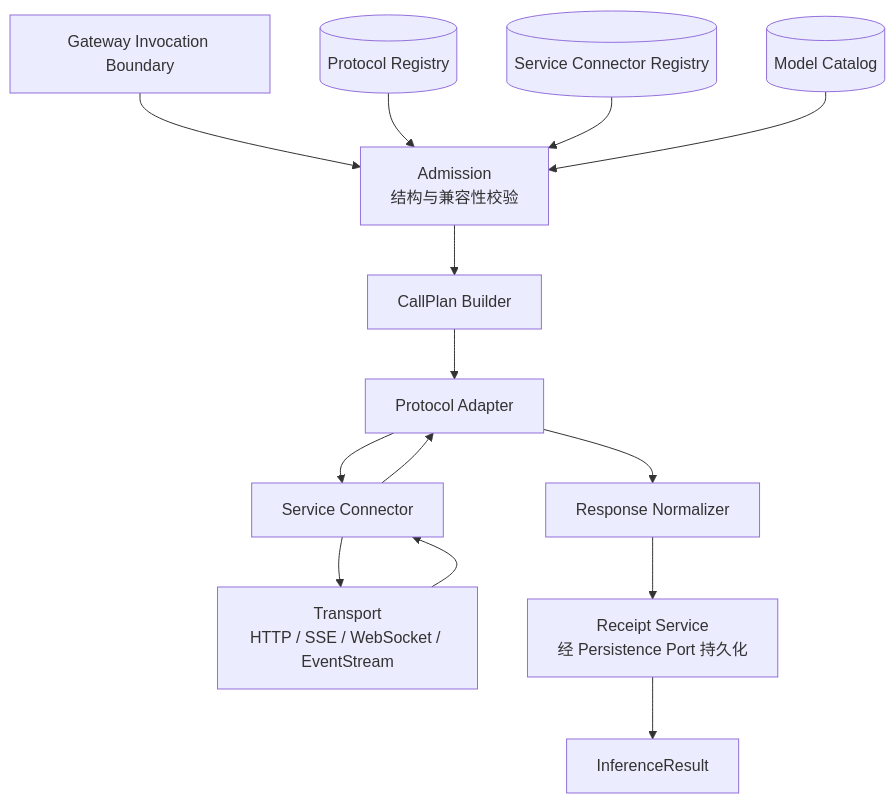
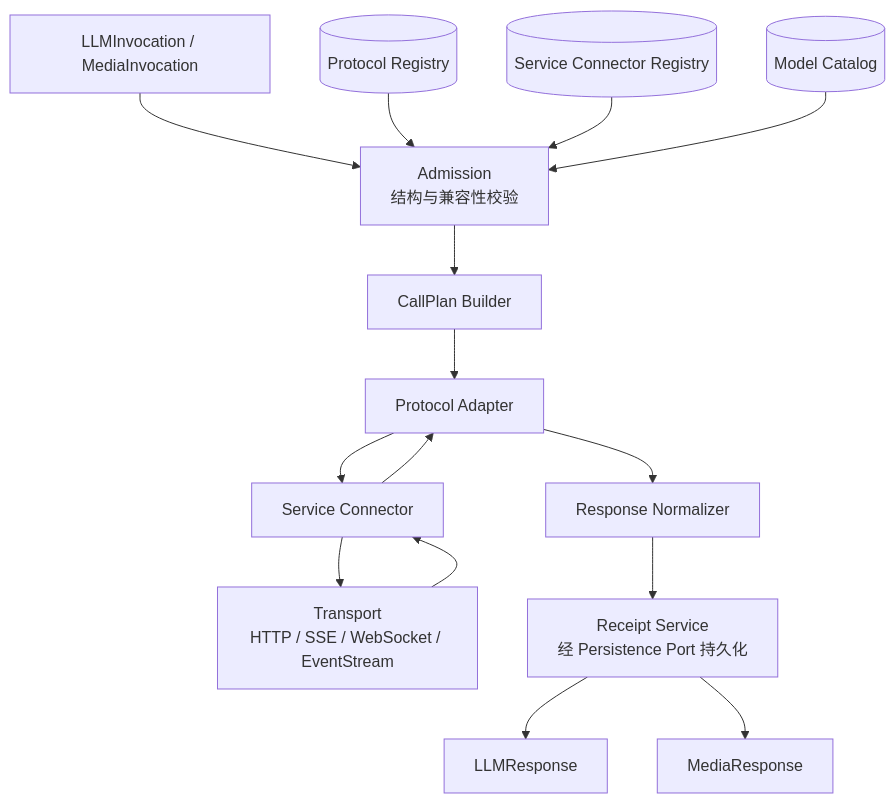
The third of 3 diagrams in mote-runtime/gateway/architecture.md (bushihelmy-crypto/motev2), drawn with Mermaid before and after one commit. The commit also changed other lines of this file and 48 other files, not shown here.

Commit message:
feat(gateway): separate kernel llm and execution media contracts

````diff
--- a/mote-runtime/gateway/architecture.md
+++ b/mote-runtime/gateway/architecture.md
@@ -345,29 +329,31 @@
 ```mermaid
 flowchart TB
-    CALL[Gateway Invocation Boundary]
+    CALL[LLMInvocation / MediaInvocation]
     ADMIT[Admission<br/>结构与兼容性校验]
     PLAN[CallPlan Builder]
     PREG[(Protocol Registry)]
     SREG[(Service Connector Registry)]
     MCAT[(Model Catalog)]
     PAD[Protocol Adapter]
     CONN[Service Connector]
     TRANS[Transport<br/>HTTP / SSE / WebSocket / EventStream]
     NORM[Response Normalizer]
     RECEIPT[Receipt Service<br/>经 Persistence Port 持久化]
-    RESULT[InferenceResult]
+    LLMOUT[LLMResponse]
+    MEDIAOUT[MediaResponse]
 
     CALL --> ADMIT
     PREG --> ADMIT
     SREG --> ADMIT
     MCAT --> ADMIT
     ADMIT --> PLAN
     PLAN --> PAD
     PAD --> CONN
     CONN --> TRANS
     TRANS --> CONN
     CONN --> PAD
     PAD --> NORM
     NORM --> RECEIPT
-    RECEIPT --> RESULT
+    RECEIPT --> LLMOUT
+    RECEIPT --> MEDIAOUT
 ```
````
